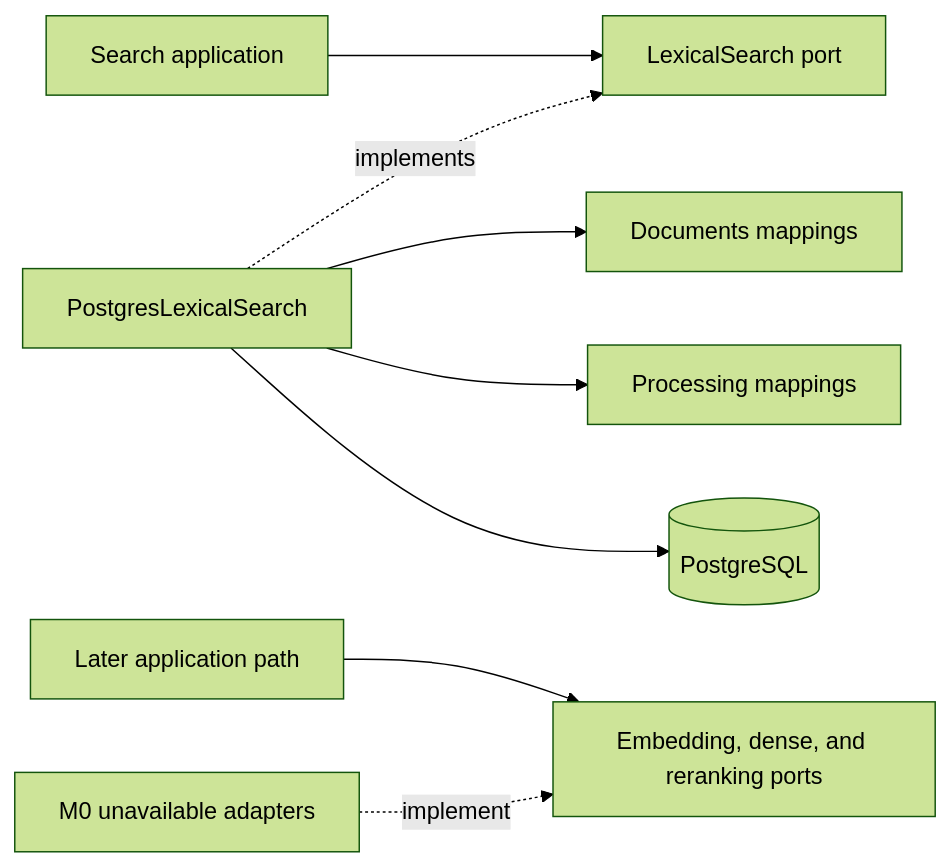
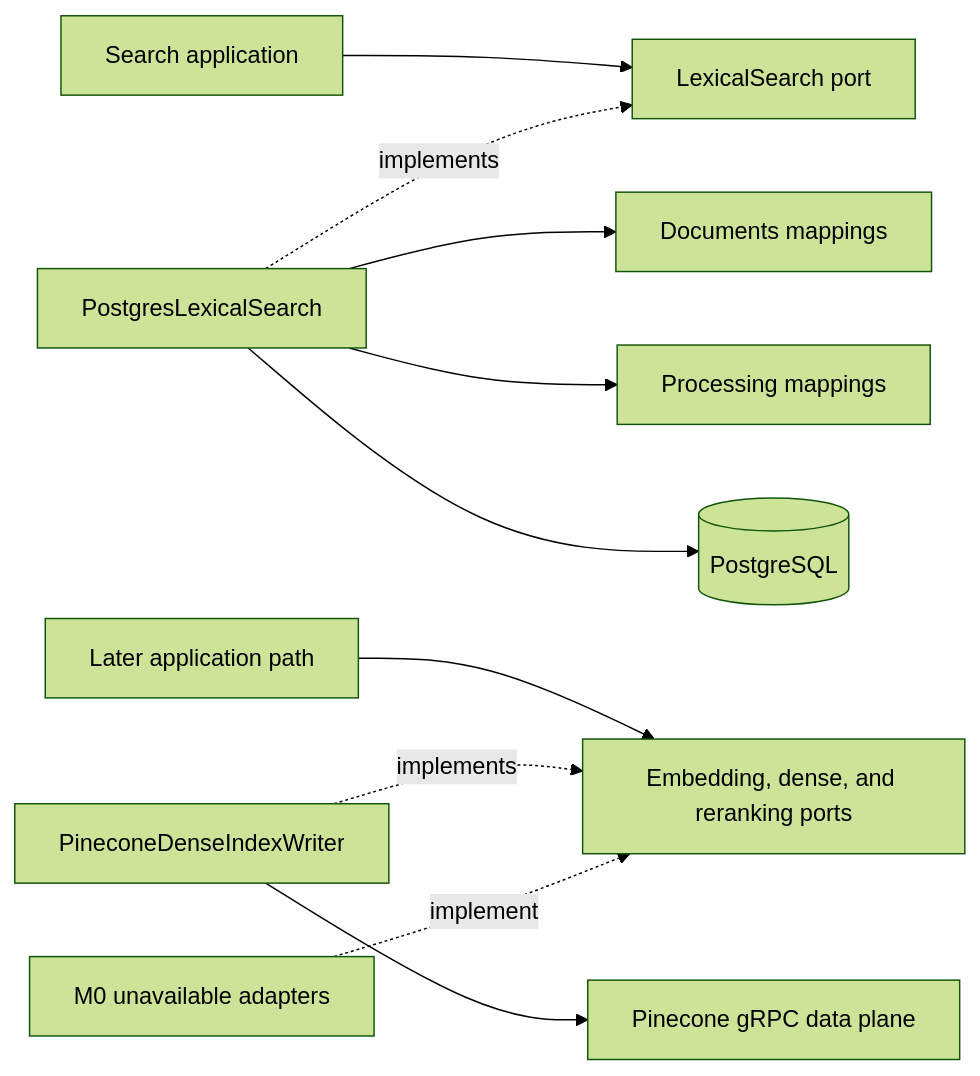
Before and after one commit to rnkraus/investment-research: the diagram in backend/src/investment_research/infrastructure/search/README.md, drawn with Mermaid (forest theme). The commit also changed other lines of this file and 8 other files, not shown here.

First line of the commit message:
feat: add Pinecone dense index adapter

````diff
--- a/backend/src/investment_research/infrastructure/search/README.md
+++ b/backend/src/investment_research/infrastructure/search/README.md
@@ -16,11 +17,13 @@
 ```mermaid
 flowchart LR
     APP[Search application] --> PORT[LexicalSearch port]
     PG[PostgresLexicalSearch] -. implements .-> PORT
     PG --> DOCS[Documents mappings]
     PG --> PROCESSING[Processing mappings]
     PG --> DB[(PostgreSQL)]
 
     FUTURE[Later application path] --> PROVIDER_PORTS[Embedding, dense, and reranking ports]
+    PINECONE[PineconeDenseIndexWriter] -. implements .-> PROVIDER_PORTS
+    PINECONE --> GRPC[Pinecone gRPC data plane]
     UNAVAILABLE[M0 unavailable adapters] -. implement .-> PROVIDER_PORTS
 ```
````
